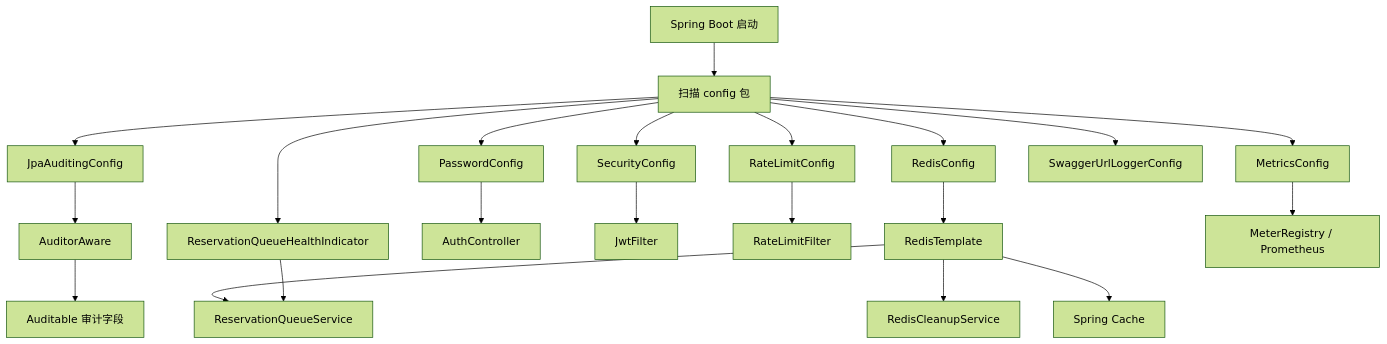
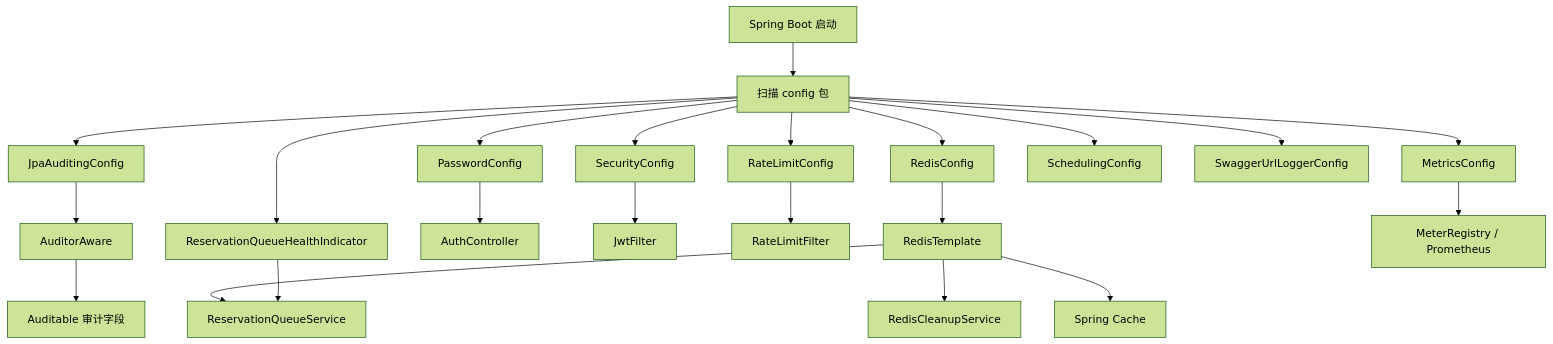
Before and after one commit to Ketizu-sys/lab-resource-reservation: the first of 2 diagrams in CONFIG_PACKAGE_GUIDE_CN.md, drawn with Mermaid (forest theme). The commit also changed other lines of this file and 6 other files, not shown here.

````diff
--- a/CONFIG_PACKAGE_GUIDE_CN.md
+++ b/CONFIG_PACKAGE_GUIDE_CN.md
@@ -85,28 +86,29 @@
 ```mermaid
 flowchart TD
     APP[Spring Boot 启动] --> SCAN[扫描 config 包]
     SCAN --> JPA[JpaAuditingConfig]
     SCAN --> METRICS[MetricsConfig]
     SCAN --> PASSWORD[PasswordConfig]
     SCAN --> RATE[RateLimitConfig]
     SCAN --> REDIS[RedisConfig]
     SCAN --> SECURITY[SecurityConfig]
     SCAN --> HEALTH[ReservationQueueHealthIndicator]
+    SCAN --> SCHEDULING[SchedulingConfig]
     SCAN --> SWAGGER[SwaggerUrlLoggerConfig]
 
     JPA --> AUDITOR[AuditorAware]
     AUDITOR --> ENTITY[Auditable 审计字段]
 
     PASSWORD --> AUTH[AuthController]
     SECURITY --> JWT[JwtFilter]
 
     RATE --> RLF[RateLimitFilter]
 
     REDIS --> RT[RedisTemplate]
     RT --> QUEUE[ReservationQueueService]
     RT --> CLEAN[RedisCleanupService]
     RT --> CACHE[Spring Cache]
 
     HEALTH --> QUEUE
     METRICS --> REGISTRY[MeterRegistry / Prometheus]
 ```
````
